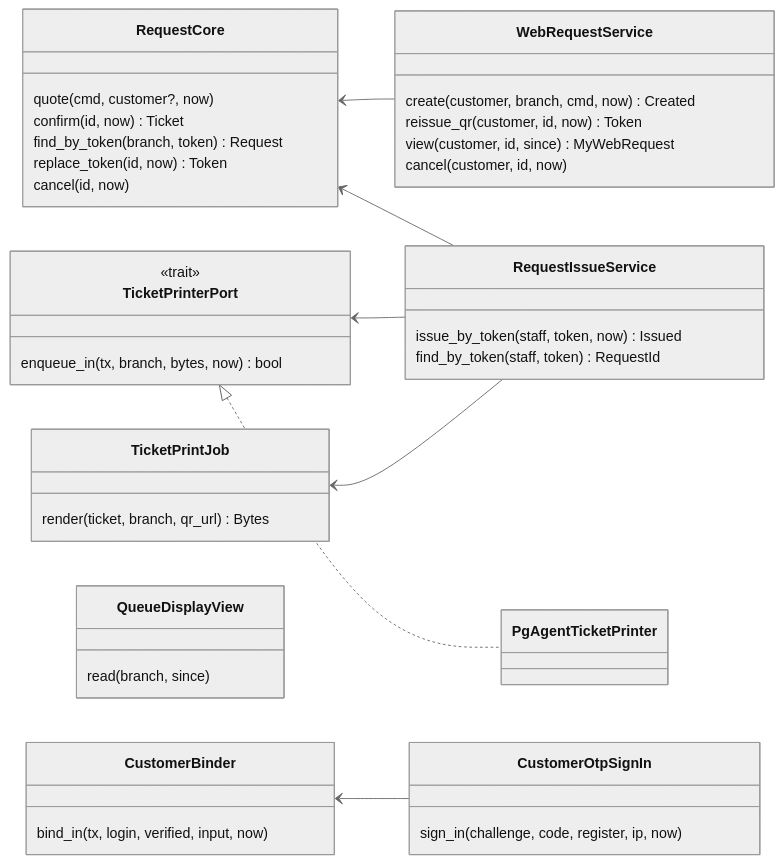
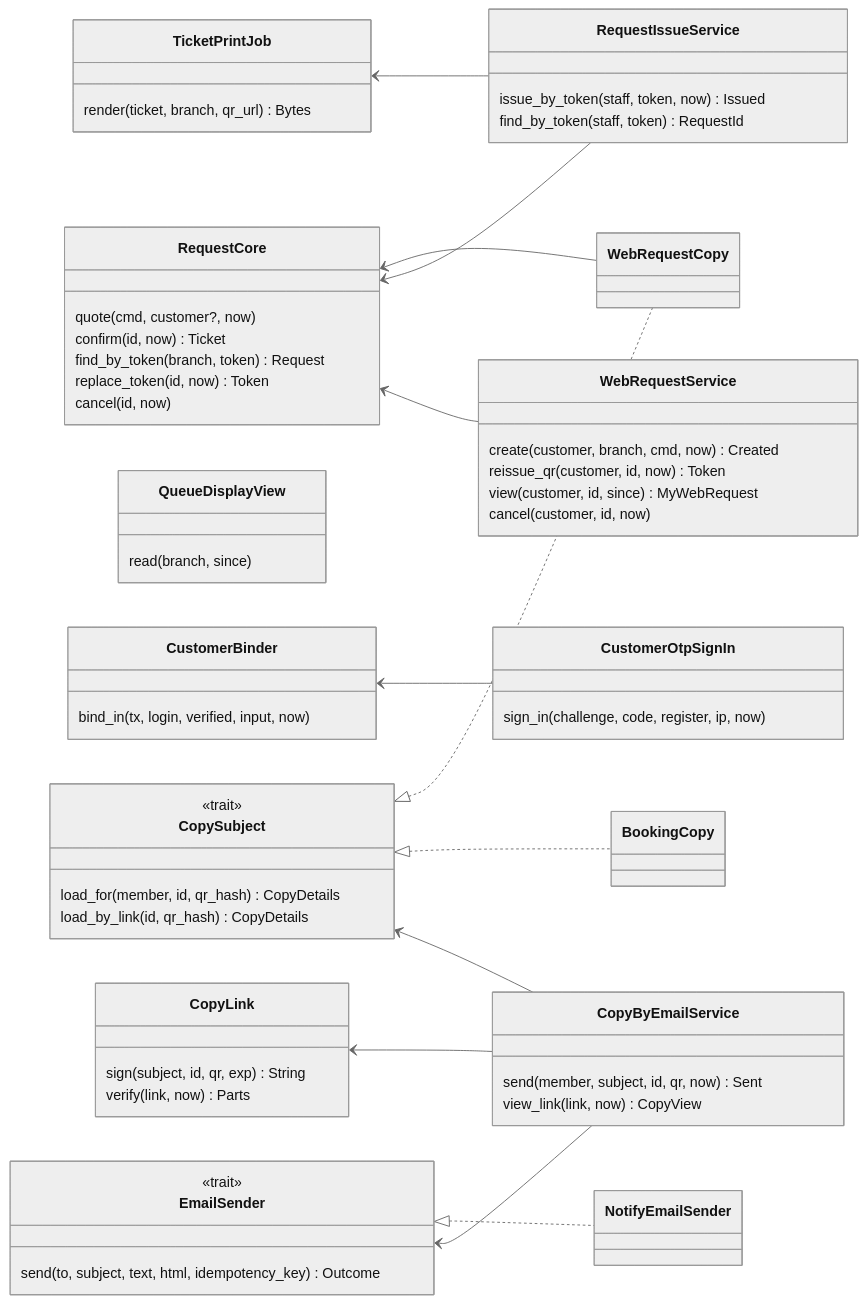
One commit to yuthstyle88/xchange-dev changed the diagram in docs/design/blueprint/kiosk-shared-phone.md. Above: the diagram before and after it, drawn with Mermaid (neutral theme). The commit also changed other lines of this file, not shown here.

First line of the commit message:
docs(design): kiosk-shared-phone §4 — owner Q7/Q10/Q11 + optional e-mail copy with a signed 1-day link

````diff
--- a/docs/design/blueprint/kiosk-shared-phone.md
+++ b/docs/design/blueprint/kiosk-shared-phone.md
@@ -166,44 +200,64 @@
 ```mermaid
 classDiagram
   direction LR
   class RequestCore {
     quote(cmd, customer?, now)
     confirm(id, now) Ticket
     find_by_token(branch, token) Request
     replace_token(id, now) Token
     cancel(id, now)
   }
   class WebRequestService {
     create(customer, branch, cmd, now) Created
     reissue_qr(customer, id, now) Token
     view(customer, id, since) MyWebRequest
     cancel(customer, id, now)
   }
   class RequestIssueService {
     issue_by_token(staff, token, now) Issued
     find_by_token(staff, token) RequestId
   }
-  class TicketPrinterPort {
-    <<trait>>
-    enqueue_in(tx, branch, bytes, now) bool
-  }
-  class PgAgentTicketPrinter
   class TicketPrintJob {
     render(ticket, branch, qr_url) Bytes
   }
   class QueueDisplayView {
     read(branch, since)
   }
   class CustomerBinder {
     bind_in(tx, login, verified, input, now)
   }
   class CustomerOtpSignIn {
     sign_in(challenge, code, register, ip, now)
   }
+  class CopyByEmailService {
+    send(member, subject, id, qr, now) Sent
+    view_link(link, now) CopyView
+  }
+  class CopySubject {
+    <<trait>>
+    load_for(member, id, qr_hash) CopyDetails
+    load_by_link(id, qr_hash) CopyDetails
+  }
+  class BookingCopy
+  class WebRequestCopy
+  class CopyLink {
+    sign(subject, id, qr, exp) String
+    verify(link, now) Parts
+  }
+  class EmailSender {
+    <<trait>>
+    send(to, subject, text, html, idempotency_key) Outcome
+  }
+  class NotifyEmailSender
   RequestCore <-- WebRequestService
   RequestCore <-- RequestIssueService
-  TicketPrinterPort <-- RequestIssueService
-  TicketPrinterPort <|.. PgAgentTicketPrinter
   TicketPrintJob <-- RequestIssueService
   CustomerBinder <-- CustomerOtpSignIn
+  CopySubject <-- CopyByEmailService
+  CopySubject <|.. BookingCopy
+  CopySubject <|.. WebRequestCopy
+  RequestCore <-- WebRequestCopy
+  CopyLink <-- CopyByEmailService
+  EmailSender <-- CopyByEmailService
+  EmailSender <|.. NotifyEmailSender
 ```
````
